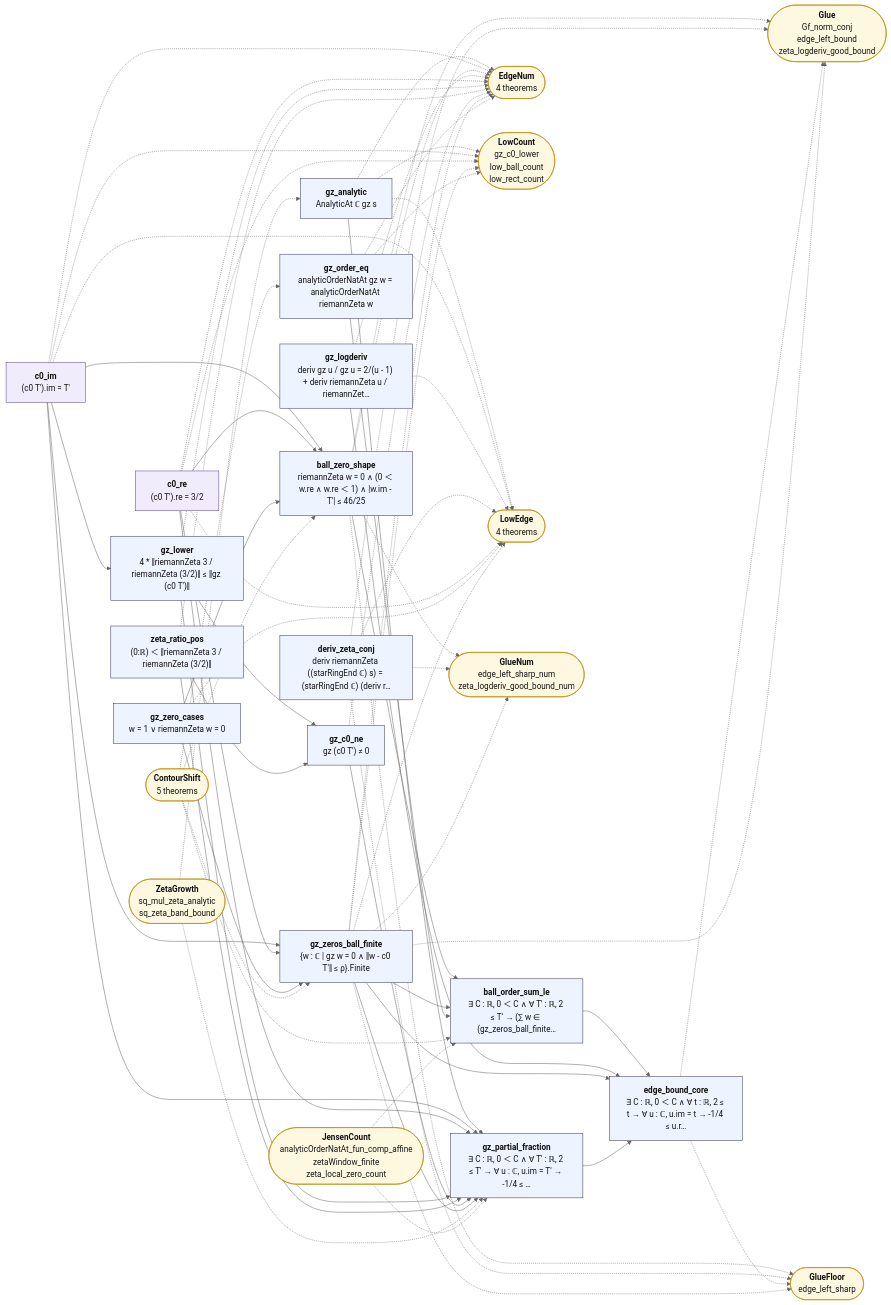
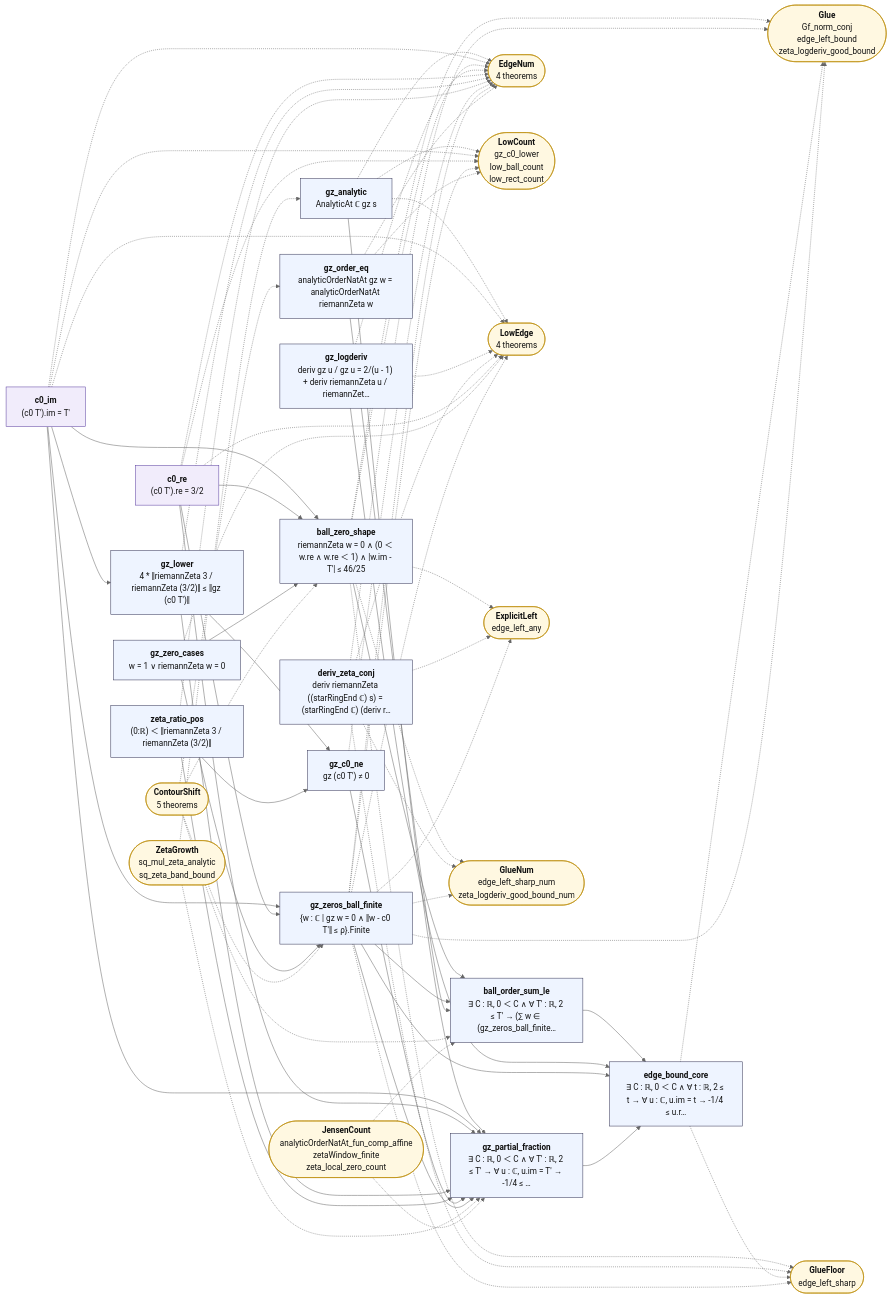
The diagram in map/lean_stage3/EdgeBound.mmd (juliansambranojr/Primebeat_081426), drawn with Mermaid (neutral theme) before and after one commit. The commit also changed 43 other files, not shown here.

```diff
--- a/map/lean_stage3/EdgeBound.mmd
+++ b/map/lean_stage3/EdgeBound.mmd
@@ -1,97 +1,101 @@
 flowchart LR
   n0["<b>gz_analytic</b><br/>AnalyticAt ℂ gz s"]:::thm
   n1["<b>c0_im</b><br/>(c0 T').im = T'"]:::shp
   n2["<b>c0_re</b><br/>(c0 T').re = 3/2"]:::shp
   n3["<b>gz_lower</b><br/>4 * ‖riemannZeta 3 / riemannZeta (3/2)‖ ≤ ‖gz (c0 T')‖"]:::thm
   n4["<b>zeta_ratio_pos</b><br/>(0:ℝ) ＜ ‖riemannZeta 3 / riemannZeta (3/2)‖"]:::thm
   n5["<b>gz_c0_ne</b><br/>gz (c0 T') ≠ 0"]:::thm
   n6["<b>gz_zero_cases</b><br/>w = 1 ∨ riemannZeta w = 0"]:::thm
   n7["<b>gz_zeros_ball_finite</b><br/>{w : ℂ | gz w = 0 ∧ ‖w - c0 T'‖ ≤ ρ}.Finite"]:::thm
   n8["<b>gz_partial_fraction</b><br/>∃ C : ℝ, 0 ＜ C ∧ ∀ T' : ℝ, 2 ≤ T' → ∀ u : ℂ, u.im = T' → -1/4 ≤ …"]:::thm
   n9["<b>gz_order_eq</b><br/>analyticOrderNatAt gz w = analyticOrderNatAt riemannZeta w"]:::thm
   n10["<b>ball_zero_shape</b><br/>riemannZeta w = 0 ∧ (0 ＜ w.re ∧ w.re ＜ 1) ∧ |w.im - T'| ≤ 46/25"]:::thm
   n11["<b>ball_order_sum_le</b><br/>∃ C : ℝ, 0 ＜ C ∧ ∀ T' : ℝ, 2 ≤ T' → (∑ w ∈ (gz_zeros_ball_finite…"]:::thm
   n12["<b>gz_logderiv</b><br/>deriv gz u / gz u = 2/(u - 1) + deriv riemannZeta u / riemannZet…"]:::thm
   n13["<b>deriv_zeta_conj</b><br/>deriv riemannZeta ((starRingEnd ℂ) s) = (starRingEnd ℂ) (deriv r…"]:::thm
   n14["<b>edge_bound_core</b><br/>∃ C : ℝ, 0 ＜ C ∧ ∀ t : ℝ, 2 ≤ t → ∀ u : ℂ, u.im = t → -1/4 ≤ u.r…"]:::thm
   x0(["<b>ZetaGrowth</b><br/>sq_mul_zeta_analytic<br/>sq_zeta_band_bound"]):::ext
   x1(["<b>EdgeNum</b><br/>4 theorems"]):::ext
   x2(["<b>LowCount</b><br/>gz_c0_lower<br/>low_ball_count<br/>low_rect_count"]):::ext
   x3(["<b>LowEdge</b><br/>4 theorems"]):::ext
   x4(["<b>ContourShift</b><br/>5 theorems"]):::ext
-  x5(["<b>Glue</b><br/>Gf_norm_conj<br/>edge_left_bound<br/>zeta_logderiv_good_bound"]):::ext
-  x6(["<b>GlueFloor</b><br/>edge_left_sharp"]):::ext
-  x7(["<b>GlueNum</b><br/>edge_left_sharp_num<br/>zeta_logderiv_good_bound_num"]):::ext
-  x8(["<b>JensenCount</b><br/>analyticOrderNatAt_fun_comp_affine<br/>zetaWindow_finite<br/>zeta_local_zero_count"]):::ext
+  x5(["<b>ExplicitLeft</b><br/>edge_left_any"]):::ext
+  x6(["<b>Glue</b><br/>Gf_norm_conj<br/>edge_left_bound<br/>zeta_logderiv_good_bound"]):::ext
+  x7(["<b>GlueFloor</b><br/>edge_left_sharp"]):::ext
+  x8(["<b>GlueNum</b><br/>edge_left_sharp_num<br/>zeta_logderiv_good_bound_num"]):::ext
+  x9(["<b>JensenCount</b><br/>analyticOrderNatAt_fun_comp_affine<br/>zetaWindow_finite<br/>zeta_local_zero_count"]):::ext
   n0 --> n8
   n1 --> n10
   n1 --> n3
   n1 --> n7
   n1 --> n8
   n10 --> n11
   n11 --> n14
   n12 --> n14
   n2 --> n10
   n2 --> n7
   n2 --> n8
   n3 --> n5
   n3 --> n8
   n4 --> n5
   n4 --> n8
   n5 --> n8
   n6 --> n10
   n6 --> n7
   n7 --> n11
   n7 --> n14
   n7 --> n8
   n8 --> n14
   n9 --> n11
   n0 -.-> x1
   n0 -.-> x2
   n0 -.-> x3
   n1 -.-> x1
   n1 -.-> x2
   n1 -.-> x3
   n10 -.-> x1
   n10 -.-> x5
   n10 -.-> x6
   n10 -.-> x7
+  n10 -.-> x8
   n12 -.-> x1
   n12 -.-> x3
   n13 -.-> x3
   n13 -.-> x5
   n13 -.-> x6
   n13 -.-> x7
-  n14 -.-> x5
+  n13 -.-> x8
   n14 -.-> x6
+  n14 -.-> x7
   n2 -.-> x1
   n2 -.-> x2
   n2 -.-> x3
   n3 -.-> x1
   n4 -.-> x1
   n5 -.-> x1
   n6 -.-> x3
   n7 -.-> x1
   n7 -.-> x2
   n7 -.-> x3
   n7 -.-> x5
   n7 -.-> x6
   n7 -.-> x7
+  n7 -.-> x8
   n9 -.-> x1
   n9 -.-> x2
   x0 -.-> n0
   x0 -.-> n8
   x4 -.-> n10
   x4 -.-> n11
   x4 -.-> n7
   x4 -.-> n9
-  x8 -.-> n11
-  x8 -.-> n8
+  x9 -.-> n11
+  x9 -.-> n8
   classDef cnt fill:#dff5ec,stroke:#17694a,color:#111
   classDef shp fill:#f1ecfb,stroke:#5b3fa0,color:#111
   classDef rh fill:#ffe5e5,stroke:#c22,color:#111,stroke-width:2px
   classDef thm fill:#eef4ff,stroke:#335,color:#111
   classDef end_ fill:#e7f7e7,stroke:#2a7,color:#111,stroke-width:2px
   classDef lone fill:#fff,stroke:#999,color:#111,stroke-dasharray:4 3
   classDef bad fill:#ffe5e5,stroke:#c22,color:#111,stroke-width:2px
   classDef ext fill:#fff8e1,stroke:#b80,color:#111
```
